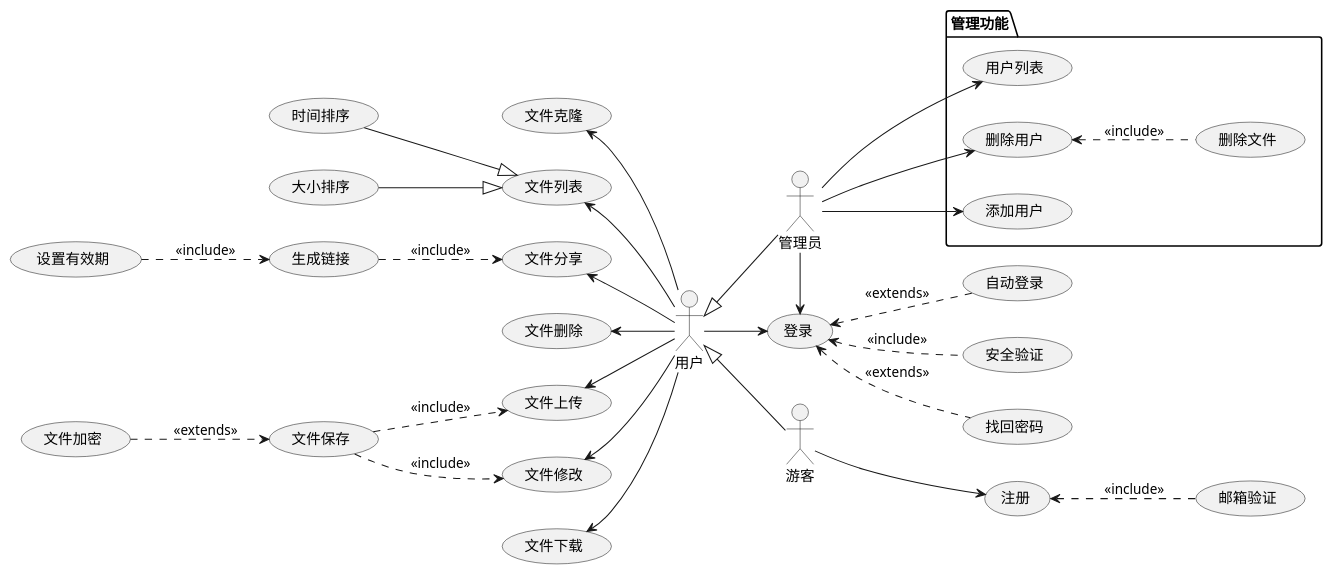
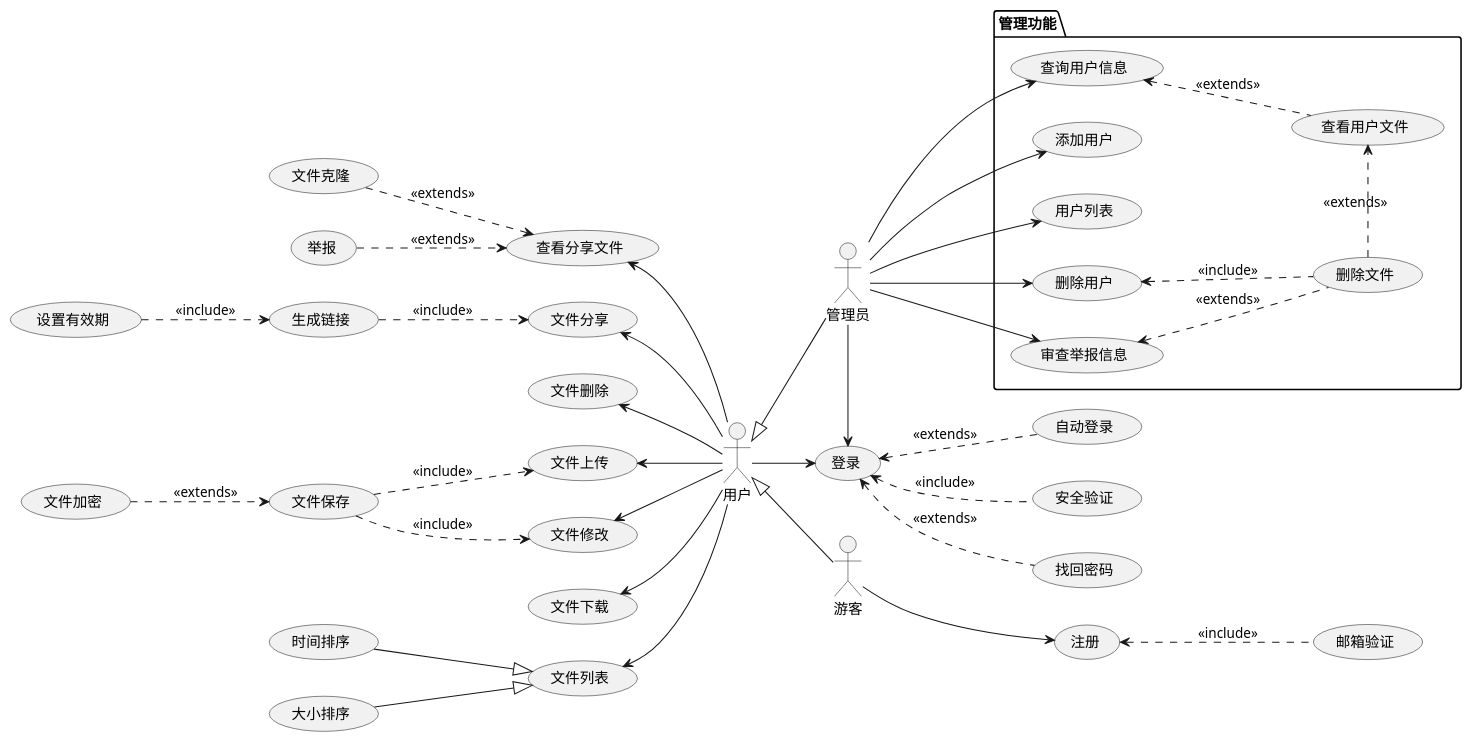
The diagram in src/Usecase.wsd (sonderlau/UML-Lesson), drawn with PlantUML before and after one commit. The commit also changed 10 other files, not shown here.

```diff
--- a/src/Usecase.wsd
+++ b/src/Usecase.wsd
@@ -1,74 +1,86 @@
-@startuml "用例图"
+@startuml "Usecase"
 left to right direction
 actor "游客" as USER
 
 usecase "注册" as Register
 usecase "登录" as Login
 usecase "安全验证" as Verification
 usecase "找回密码" as Recover
 usecase "自动登录" as Automatic_login
 usecase "邮箱验证" as Email
 
 USER -down-> Register
 
 Email .up.> Register : <<include>>
 Verification .up.> Login : <<include>>
 Recover .up.> Login : <<extends>>
 Automatic_login .up.> Login : <<extends>>
 
 actor "管理员" as ADMIN
 actor "用户" as R_USER
 
 R_USER <|-- ADMIN
 R_USER <|-- USER
 R_USER ->Login 
 ADMIN -> Login
 
 package 管理功能 {
+  usecase "审查举报信息" as check_File
   usecase "添加用户" as ADD_USER
   usecase "删除用户" as DELETE_USER
   usecase "用户列表" as LIST_USER
+  usecase "查询用户信息" as Search_UserInfo
+  usecase "查看用户文件" as Search_File
   usecase "删除文件" as Delete_file
 
+  Search_File .up.> Search_UserInfo : <<extends>>
+  Delete_file .> Search_File : <<extends>>
+  Delete_file .up.> check_File : <<extends>>
   Delete_file .up.> DELETE_USER : <<include>>
 }
 
 ADMIN -down-> ADD_USER
 ADMIN -down-> DELETE_USER
 ADMIN -down-> LIST_USER
+ADMIN -down-> Search_UserInfo
+ADMIN -down-> check_File
 
 usecase "文件上传" as UPLOAD
 usecase "文件下载" as DOWNLOAD
 usecase "文件修改" as UPDATE
 usecase "文件删除" as DELETE
 usecase "文件分享" as SHARE
 usecase "文件列表" as FILE_LIST
-usecase "文件克隆" as File_clone
+usecase "查看分享文件" as Browse_share
 
 R_USER -up-> UPLOAD
 R_USER -up-> DOWNLOAD
 R_USER -up->UPDATE
 R_USER -up->DELETE
 R_USER -up->SHARE
+R_USER -up->Browse_share
 R_USER -up->FILE_LIST
-R_USER -up->File_clone
 
 usecase "文件保存" as PRESERVE
 usecase "生成链接" as LINK
 usecase "时间排序" as TIME_SORT
 usecase "大小排序" as SIZE_SORT
+usecase "文件克隆" as File_clone
+usecase "举报" as report
 
 LINK .down.> SHARE : <<include>>
 PRESERVE .down.> UPDATE : <<include>>
 PRESERVE .down.> UPLOAD : <<include>>
+File_clone .down.> Browse_share : <<extends>>
+report .down.> Browse_share : <<extends>>
 
 TIME_SORT -down-|> FILE_LIST
 SIZE_SORT -down-|> FILE_LIST
 
 usecase "文件加密" as ENCRYPTION
 usecase "设置有效期" as Validity
 
 ENCRYPTION .down.> PRESERVE : <<extends>>
 Validity .down.> LINK : <<include>>
 
 @enduml
```
